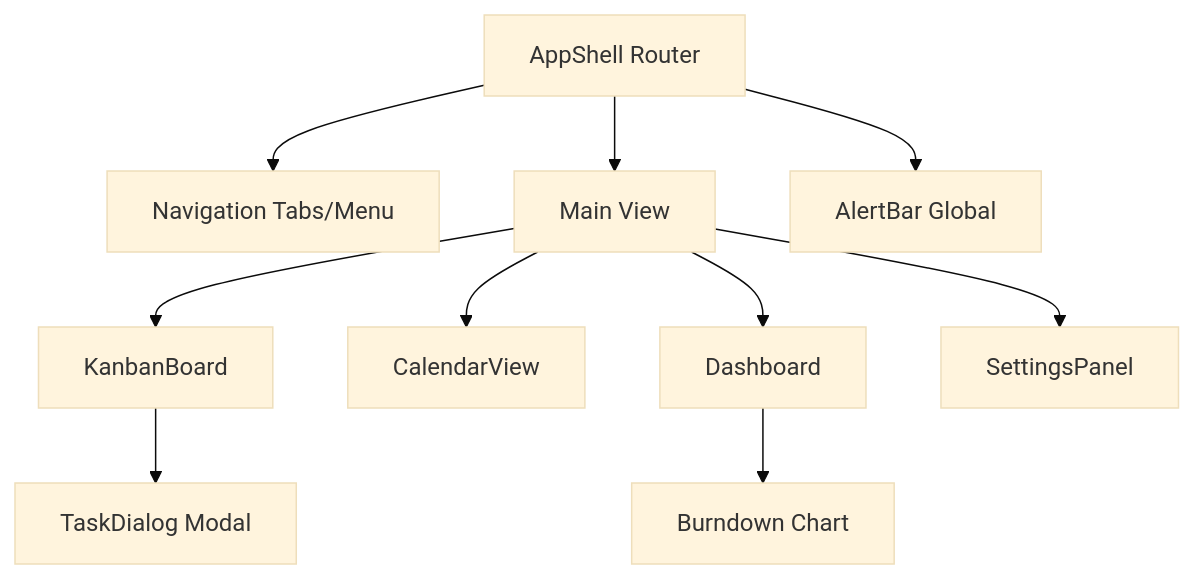
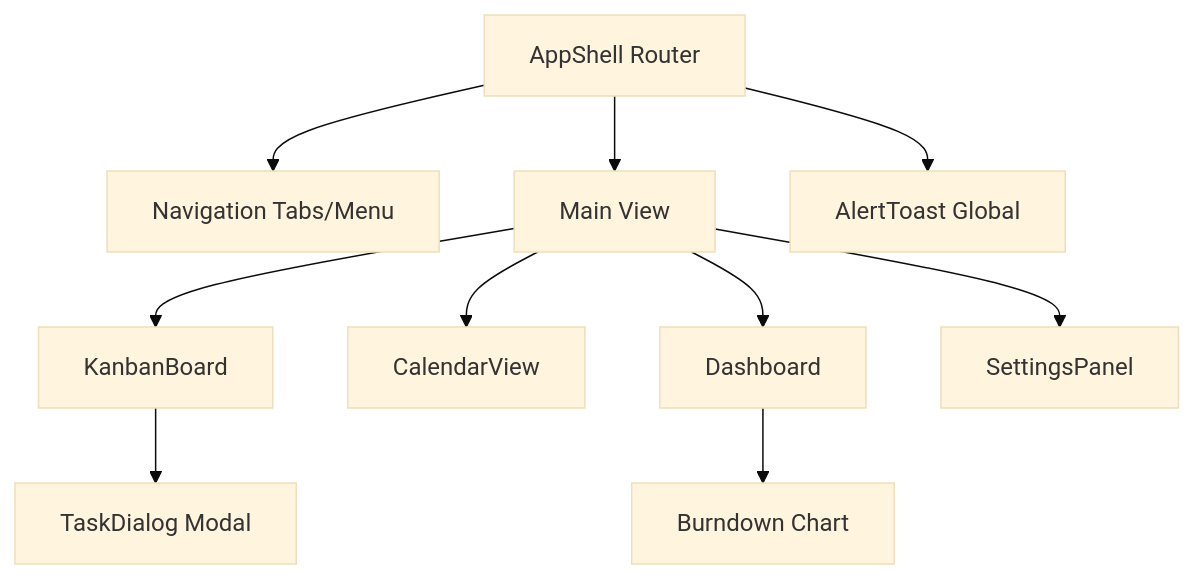
The fourth of 4 diagrams in .kiro/specs/learning-plan-kanban/design.md (taturou/study_kanban), drawn with Mermaid (base theme) before and after one commit. The commit also changed other lines of this file and 1 other file, not shown here.

````diff
--- a/.kiro/specs/learning-plan-kanban/design.md
+++ b/.kiro/specs/learning-plan-kanban/design.md
@@ -149,23 +149,23 @@
 ```mermaid
 flowchart TD
   AppShell[AppShell Router]
   Nav[Navigation Tabs/Menu]
   Main[Main View]
   Kanban[KanbanBoard]
   TaskDialog[TaskDialog Modal]
   Calendar[CalendarView]
   Dashboard[Dashboard]
   Burndown[Burndown Chart]
   Settings[SettingsPanel]
-  AlertBar[AlertBar Global]
+  AlertToast[AlertToast Global]
 
   AppShell --> Nav
   AppShell --> Main
-  AppShell --> AlertBar
+  AppShell --> AlertToast
   Main --> Kanban
   Main --> Calendar
   Main --> Dashboard
   Main --> Settings
   Kanban --> TaskDialog
   Dashboard --> Burndown
 ```
````
